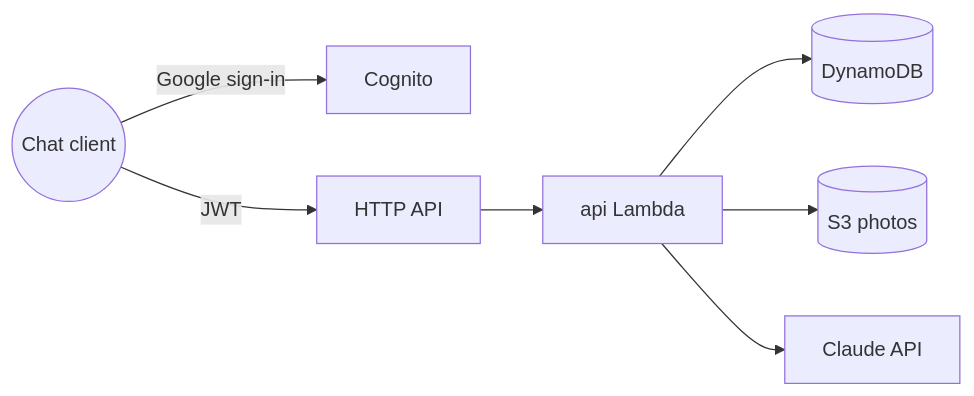
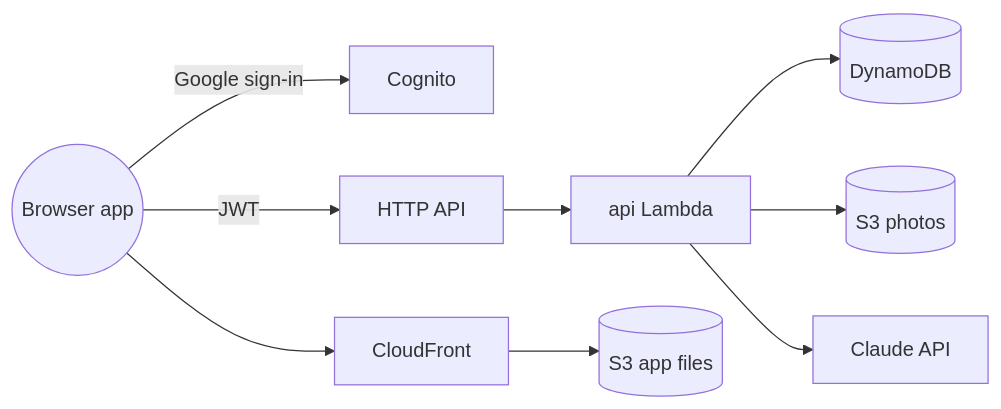
Before and after one commit to erancha/meters-tracker: the diagram in README.md, drawn with Mermaid. The commit also changed other lines of this file and 101 other files, not shown here.

First line of the commit message:
Add the initial browser app, so owners reach the chat backend from a phone or desktop

````diff
--- a/README.md
+++ b/README.md
@@ -63,9 +69,11 @@
 ```mermaid
 graph LR
-    C((Chat client)) -->|Google sign-in| COG[Cognito]
+    C((Browser app)) -->|Google sign-in| COG[Cognito]
     C -->|JWT| API[HTTP API]
     API --> L[api Lambda]
     L --> DB[(DynamoDB)]
     L --> S3[(S3 photos)]
     L --> CL[Claude API]
+    CF[CloudFront] --> FB[(S3 app files)]
+    C --> CF
 ```
````
